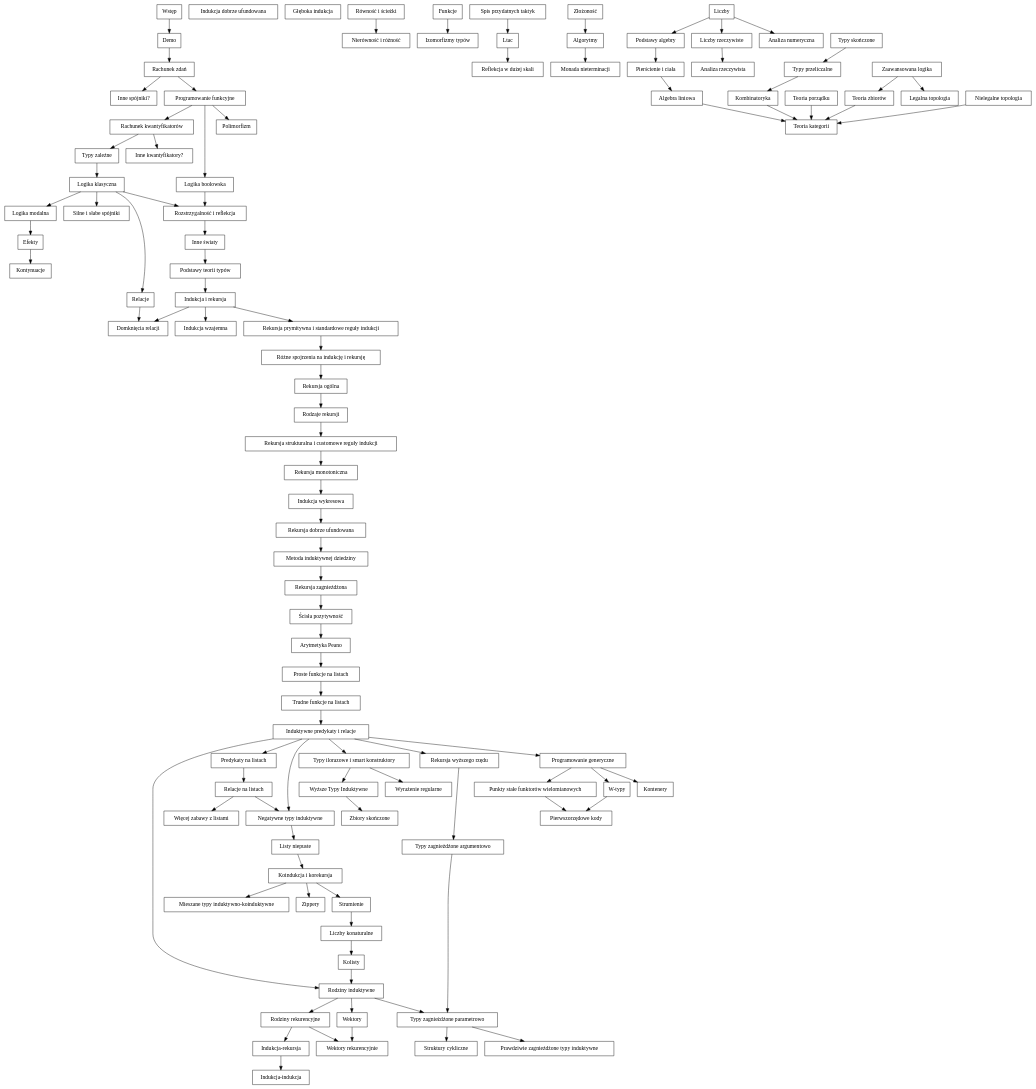
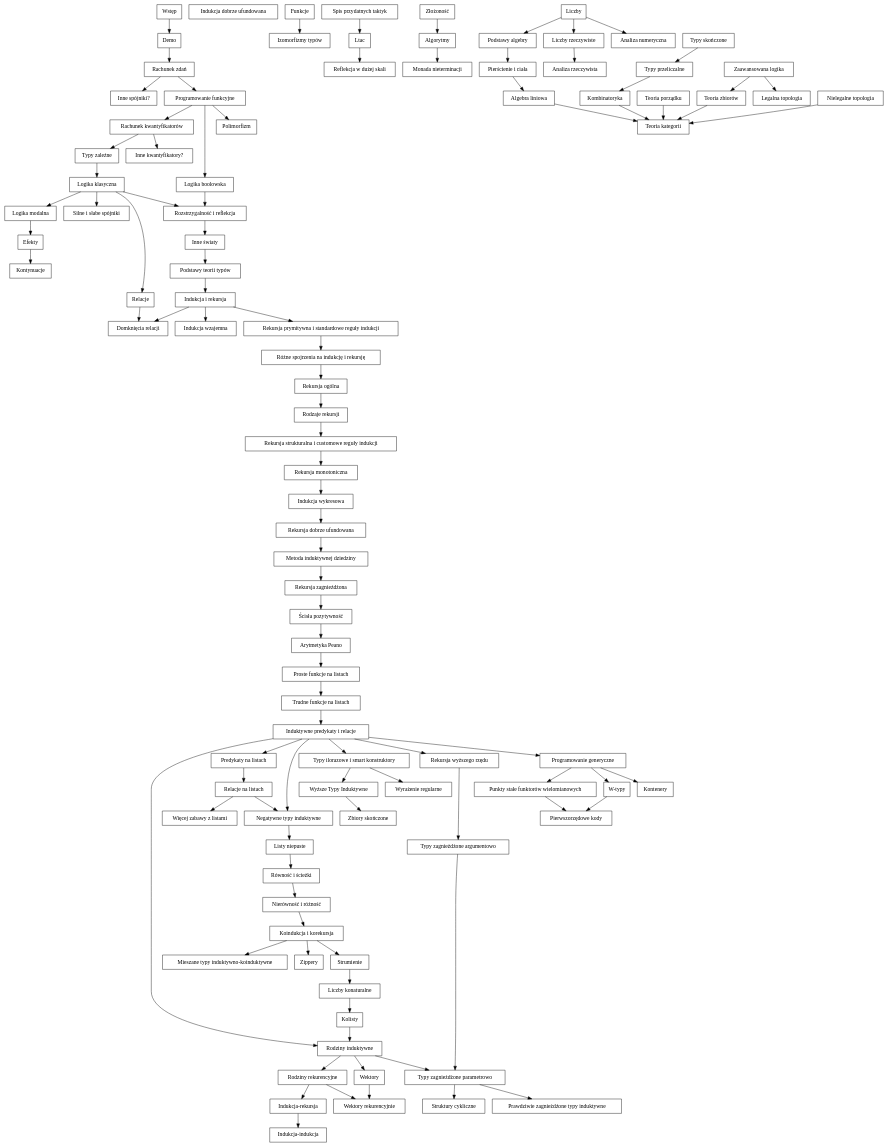
Before and after one commit to wkolowski/Typonomikon: the diagram in txt/plany/chytryplan.dot, drawn with Graphviz. The commit also changed 54 other files, not shown here.

```diff
--- a/txt/plany/chytryplan.dot
+++ b/txt/plany/chytryplan.dot
@@ -1,179 +1,176 @@
 digraph
 {
   node[shape=rectangle]
 
   Intro             [label = "Wstęp"]
   Demo              [label = "Demo"]
   
   Connectives       [label = "Rachunek zdań"]
   Otherconnectives  [label = "Inne spójniki?"]
   Quantifiers       [label = "Rachunek kwantyfikatorów"]
   OtherQuantifiers  [label = "Inne kwantyfikatory?"]
   Classical         [label = "Logika klasyczna"]
   WeakStrong        [label = "Silne i słabe spójniki"]
   Modal             [label = "Logika modalna"]
   Pluralism         [label = "Inne światy"]
 
   FuncProg          [label = "Programowanie funkcyjne"]
   DependentTypes    [label = "Typy zależne"]
   Bool              [label = "Logika boolowska"]
   Poly              [label = "Polimorfizm"]
   DecRefl           [label = "Rozstrzygalność i reflekcja"]
 
   TypeTheory        [label = "Podstawy teorii typów"]
 
   IndRec            [label = "Indukcja i rekursja"]
   StrictPos         [label = "Ścisła pozytywność"]
   BottomUpTopDown   [label = "Różne spojrzenia na indukcję i rekursję"]
   PrimRec           [label = "Rekursja prymitywna i standardowe reguły indukcji"]
   StructRec         [label = "Rekursja strukturalna i customowe reguły indukcji"]
   GenRec            [label = "Rekursja ogólna"]
   Recs              [label = "Rodzaje rekursji"]
   MonRec            [label = "Rekursja monotoniczna"]
   GraphInd          [label = "Indukcja wykresowa"]
   WfRec             [label = "Rekursja dobrze ufundowana"]
   WfInd             [label = "Indukcja dobrze ufundowana"]
   InductiveDomain   [label = "Metoda induktywnej dziedziny"]
   NestedRec         [label = "Rekursja zagnieżdżona"]
-  DeepInd           [label = "Głęboka indukcja"]
 
   Nat               [label = "Arytmetyka Peano"]
   
   ListFunc          [label = "Proste funkcje na listach"]
   ListFunc2         [label = "Trudne funkcje na listach"]
   ListPred          [label = "Predykaty na listach"]
   ListRel           [label = "Relacje na listach"]
   MoreList          [label = "Więcej zabawy z listami"]
   NonemptyList      [label = "Listy niepuste"]
   
   IndPred           [label = "Induktywne predykaty i relacje"]
   MutualInd         [label = "Indukcja wzajemna"]
   IndFam            [label = "Rodziny induktywne"]
   RecFam            [label = "Rodziny rekurencyjne"]
   NegativeInductive [label = "Negatywne typy induktywne"]
 
   Vec               [label = "Wektory"]
   VecRec            [label = "Wektory rekurencyjnie"]
   
   CoindCorec        [label = "Koindukcja i korekursja"]
   Stream            [label = "Strumienie"]
   Conat             [label = "Liczby konaturalne"]
   Colist            [label = "Kolisty"]
   
   Zipper            [label = "Zippery"]
   Quot              [label = "Typy ilorazowe i smart konstruktory"]
   Regex             [label = "Wyrażenie regularne"]
   HigherOrderRec    [label = "Rekursja wyższego rzędu"]
   NestedArg         [label = "Typy zagnieżdżone argumentowo"]
   NestedParam       [label = "Typy zagnieżdżone parametrowo"]
   Cyclic            [label = "Struktury cykliczne"]
   HIT               [label = "Wyższe Typy Induktywne"]
   FinSet            [label = "Zbiory skończone"]
   IndInd            [label = "Indukcja-indukcja"]
   InductionRecursion[label = "Indukcja-rekursja"]
   TrulyNested       [label = "Prawdziwie zagnieżdżone typy induktywne"]
   IndCoind          [label = "Mieszane typy induktywno-koinduktywne"]
   
   Generics          [label = "Programowanie generyczne"]
   W                 [label = "W-typy"]
   MuNu              [label = "Punkty stałe funktorów wielomianowych"]
   FOCodes           [label = "Pierwszorzędowe kody"]
   Containers        [label = "Kontenery"]
 
   Paths             [label = "Równość i ścieżki"]
   Disequality       [label = "Nierówność i różność"]
 
   Functions         [label = "Funkcje"]
   Iso               [label = "Izomorfizmy typów"]
   Relations         [label = "Relacje"]
   Closures          [label = "Domknięcia relacji"]
 
   TacticIndex       [label = "Spis przydatnych taktyk"]
   Ltac              [label = "Ltac"]
   Reflection        [label = "Reflekcja w dużej skali"]
 
   Complexity        [label = "Złożoność"]
   Algorithms        [label = "Algorytmy"]
   NontermMonad      [label = "Monada nieterminacji"]
 
   Effects           [label = "Efekty"]
   Continuations     [label = "Kontynuacje"]
 
   Num               [label = "Liczby"]
   FiniteTypes       [label = "Typy skończone"]
   CountableTypes    [label = "Typy przeliczalne"]
   Combinatorics     [label = "Kombinatoryka"]
   Orders            [label = "Teoria porządku"]
   Algebra           [label = "Podstawy algebry"]
   RingsFields       [label = "Pierścienie i ciała"]
   LinearAlgebra     [label = "Algebra liniowa"]
 
   AdvancedLogic     [label = "Zaawansowana logika"]
   SetTheory         [label = "Teoria zbiorów"]
   IllegalTopology   [label = "Nielegalne topologia"]
   LegalTopology     [label = "Legalna topologia"]
   CategoryTheory    [label = "Teoria kategorii"]
   Reals             [label = "Liczby rzeczywiste"]
   NumericalAnalysis [label = "Analiza numeryczna"]
   RealAnalysis      [label = "Analiza rzeczywista"]
 
   Intro -> Demo -> Connectives -> FuncProg -> Quantifiers -> DependentTypes -> Classical -> DecRefl -> Pluralism -> TypeTheory -> IndRec
   
   IndRec -> PrimRec -> BottomUpTopDown -> GenRec -> Recs -> StructRec -> MonRec -> GraphInd -> WfRec -> InductiveDomain -> NestedRec -> StrictPos
 
-  StrictPos -> Nat -> ListFunc -> ListFunc2 -> IndPred -> ListPred -> ListRel -> NegativeInductive -> NonemptyList -> CoindCorec -> Stream -> Conat -> Colist -> IndFam -> Vec
+  StrictPos -> Nat -> ListFunc -> ListFunc2 -> IndPred -> ListPred -> ListRel -> NegativeInductive -> NonemptyList -> Paths -> Disequality -> CoindCorec -> Stream -> Conat -> Colist -> IndFam -> Vec
   
   IndRec -> MutualInd
   IndPred -> IndFam -> RecFam
   IndPred -> NegativeInductive
   IndPred -> HigherOrderRec -> NestedArg -> NestedParam -> TrulyNested
   NestedParam -> Cyclic
   IndFam -> NestedParam
   CoindCorec -> IndCoind
 
   Vec, RecFam -> VecRec
   RecFam -> InductionRecursion -> IndInd
 
   CoindCorec -> Zipper
 
   IndPred -> Quot -> HIT -> FinSet
   IndPred -> Generics
   
 
   Connectives -> Otherconnectives
   Quantifiers -> OtherQuantifiers
   Classical -> WeakStrong, Relations
   
   Relations, IndRec -> Closures
   Functions -> Iso
 
   FuncProg -> Bool, Poly
   Bool -> DecRefl
 
   
   
   ListRel -> MoreList
 
   Quot -> Regex
 
   Generics -> W, MuNu, Containers
   W -> FOCodes
   MuNu -> FOCodes
-  
-  Paths -> Disequality
 
   TacticIndex -> Ltac -> Reflection
 
   Complexity -> Algorithms -> NontermMonad
 
   Classical -> Modal -> Effects -> Continuations
 
   FiniteTypes -> CountableTypes -> Combinatorics
   Num -> Algebra -> RingsFields -> LinearAlgebra
 
   AdvancedLogic -> SetTheory, LegalTopology
   IllegalTopology
   SetTheory, Orders, LinearAlgebra, IllegalTopology, Combinatorics -> CategoryTheory
   Num -> Reals -> RealAnalysis
   Num -> NumericalAnalysis
 }
```
